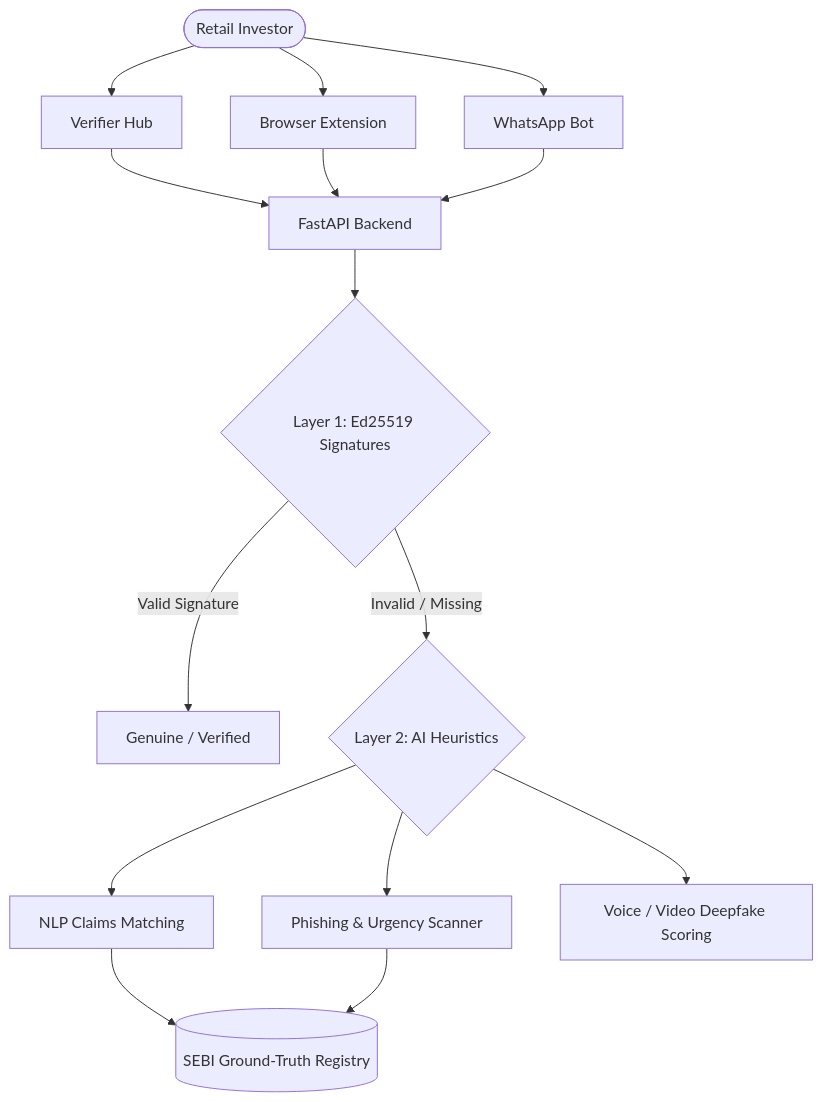
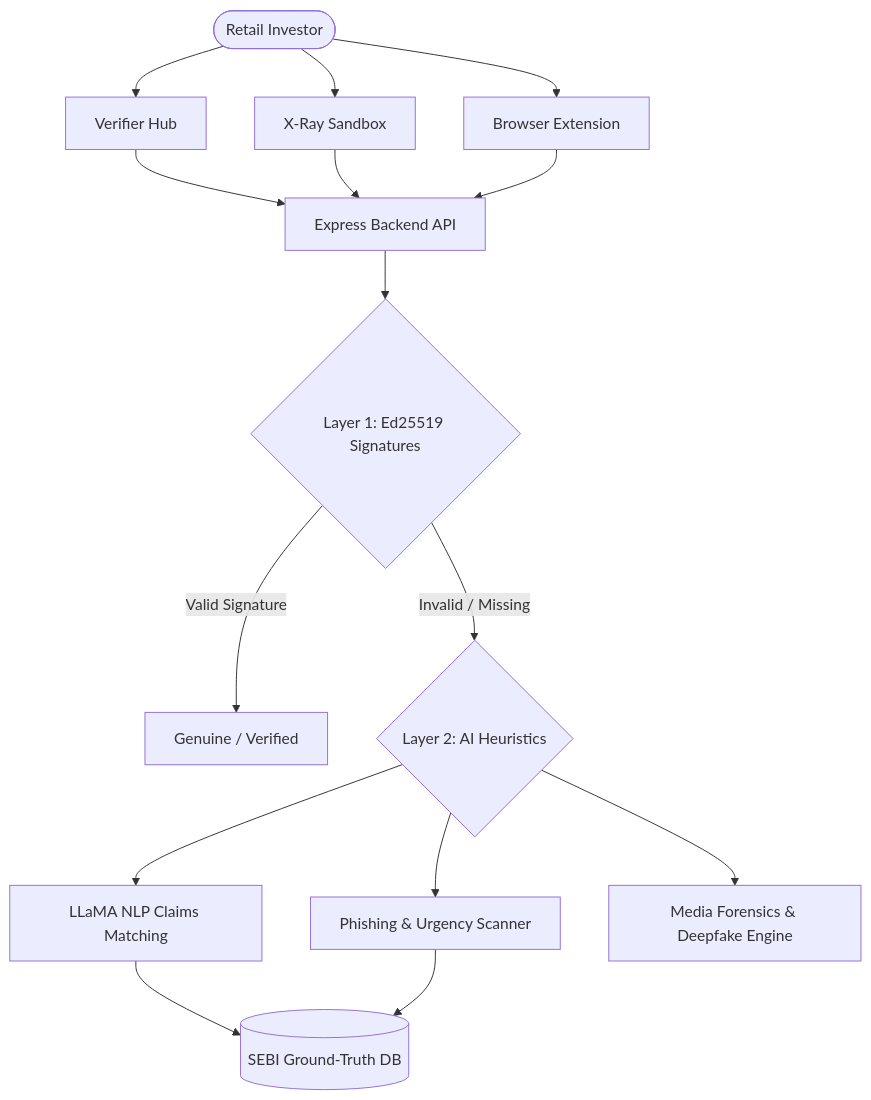
Before and after one commit to Mayank-iitj/SatyaCheckEngine: the diagram in README.md, drawn with Mermaid. The commit also changed other lines of this file, not shown here.

Commit message:
docs: stunning README update, fix xray sandbox and proxy integrations

````diff
--- a/README.md
+++ b/README.md
@@ -45,21 +56,21 @@
 ```mermaid
 graph TD
     User([Retail Investor]) --> Hub[Verifier Hub]
+    User --> Sandbox[X-Ray Sandbox]
     User --> Ext[Browser Extension]
-    User --> WA[WhatsApp Bot]
     
-    Hub --> API[FastAPI Backend]
+    Hub --> API[Express Backend API]
+    Sandbox --> API
     Ext --> API
-    WA --> API
     
     API --> L1{Layer 1: Ed25519 Signatures}
     L1 -- Valid Signature --> Verified[Genuine / Verified]
     L1 -- Invalid / Missing --> L2{Layer 2: AI Heuristics}
     
-    L2 --> NLP[NLP Claims Matching]
+    L2 --> NLP[LLaMA NLP Claims Matching]
     L2 --> Phishing[Phishing & Urgency Scanner]
-    L2 --> Media[Voice / Video Deepfake Scoring]
+    L2 --> Media[Media Forensics & Deepfake Engine]
     
-    NLP --> DB[(SEBI Ground-Truth Registry)]
+    NLP --> DB[(SEBI Ground-Truth DB)]
     Phishing --> DB
 ```
````
